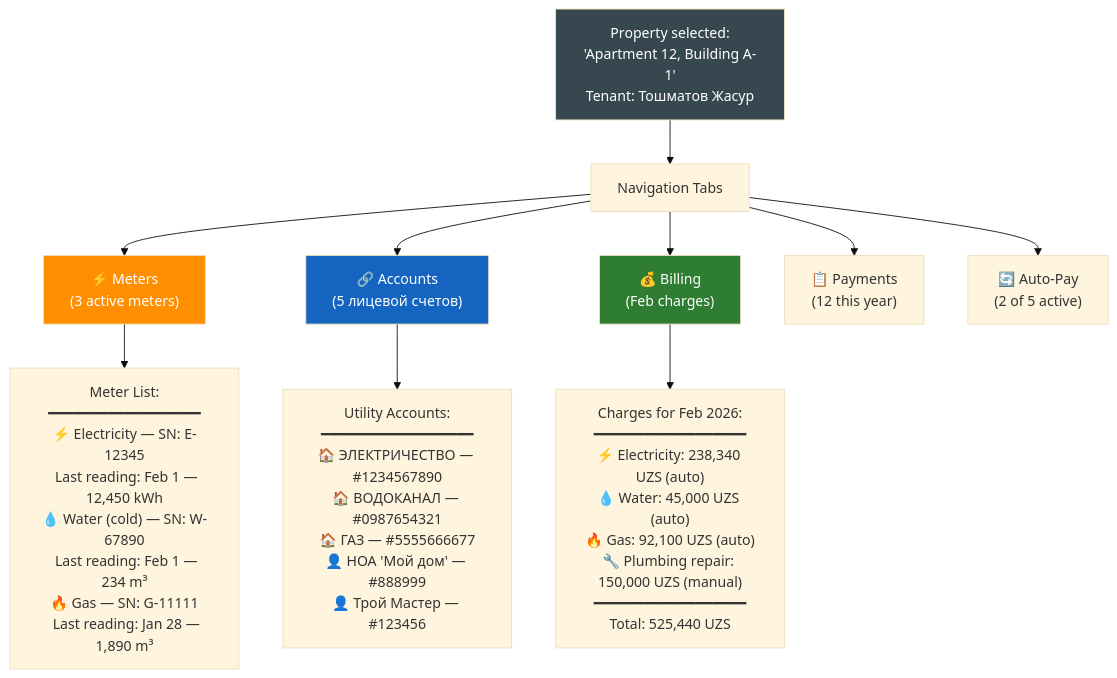
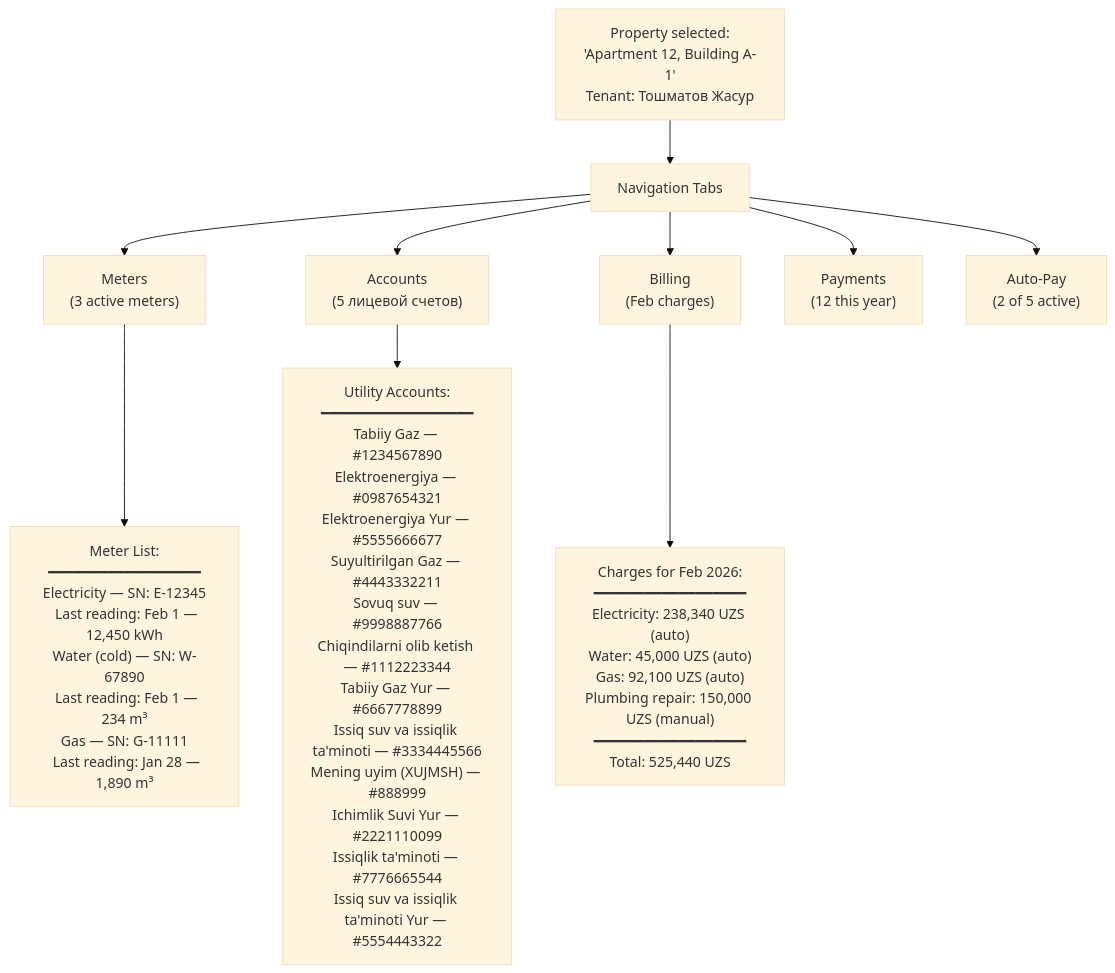
One commit to saodatm-dev/Utilities---Informational-Architecture changed the third of 11 diagrams in Utilities - Business Owner.md. Above: the diagram before and after it, drawn with Mermaid (base theme). The commit also changed other lines of this file, not shown here.

Commit message:
refactor: Streamline Mermaid diagrams by removing icons, styling, and the 'Billing Management' flow, while expanding utility account details and removing backend notes.

````diff
--- a/Utilities - Business Owner.md
+++ b/Utilities - Business Owner.md
@@ -90,21 +78,16 @@
 ```mermaid
 flowchart TD
     PROP["Property selected:<br/>'Apartment 12, Building A-1'<br/>Tenant: Тошматов Жасур"] --> TABS["Navigation Tabs"]
 
-    TABS --> T_METERS["⚡ Meters<br/>(3 active meters)"]
-    TABS --> T_ACCOUNTS["🔗 Accounts<br/>(5 лицевой счетов)"]
-    TABS --> T_BILLING["💰 Billing<br/>(Feb charges)"]
-    TABS --> T_PAYMENTS["📋 Payments<br/>(12 this year)"]
-    TABS --> T_AUTOPAY["🔄 Auto-Pay<br/>(2 of 5 active)"]
+    TABS --> T_METERS["Meters<br/>(3 active meters)"]
+    TABS --> T_ACCOUNTS["Accounts<br/>(5 лицевой счетов)"]
+    TABS --> T_BILLING["Billing<br/>(Feb charges)"]
+    TABS --> T_PAYMENTS["Payments<br/>(12 this year)"]
+    TABS --> T_AUTOPAY["Auto-Pay<br/>(2 of 5 active)"]
 
-    T_METERS --> METERS_VIEW["Meter List:<br/>━━━━━━━━━━━━━━━━━━<br/>⚡ Electricity — SN: E-12345<br/>  Last reading: Feb 1 — 12,450 kWh<br/>💧 Water (cold) — SN: W-67890<br/>  Last reading: Feb 1 — 234 m³<br/>🔥 Gas — SN: G-11111<br/>  Last reading: Jan 28 — 1,890 m³"]
+    T_METERS --> METERS_VIEW["Meter List:<br/>━━━━━━━━━━━━━━━━━━<br/>Electricity — SN: E-12345<br/>  Last reading: Feb 1 — 12,450 kWh<br/>Water (cold) — SN: W-67890<br/>  Last reading: Feb 1 — 234 m³<br/>Gas — SN: G-11111<br/>  Last reading: Jan 28 — 1,890 m³"]
 
-    T_ACCOUNTS --> ACC_VIEW["Utility Accounts:<br/>━━━━━━━━━━━━━━━━━━<br/>🏠 ЭЛЕКТРИЧЕСТВО — #1234567890<br/>🏠 ВОДОКАНАЛ — #0987654321<br/>🏠 ГАЗ — #5555666677<br/>👤 HOA 'Мой дом' — #888999<br/>👤 Трой Мастер — #123456"]
+    T_ACCOUNTS --> ACC_VIEW["Utility Accounts:<br/>━━━━━━━━━━━━━━━━━━<br/>Tabiiy Gaz — #1234567890<br/>Elektroenergiya — #0987654321<br/>Elektroenergiya Yur — #5555666677<br/>Suyultirilgan Gaz — #4443332211<br/>Sovuq suv — #9998887766<br/>Chiqindilarni olib ketish — #1112223344<br/>Tabiiy Gaz Yur — #6667778899<br/>Issiq suv va issiqlik ta'minoti — #3334445566<br/>Mening uyim (XUJMSH) — #888999<br/>Ichimlik Suvi Yur — #2221110099<br/>Issiqlik ta'minoti — #7776665544<br/>Issiq suv va issiqlik ta'minoti Yur — #5554443322"]
 
-    T_BILLING --> BILL_VIEW["Charges for Feb 2026:<br/>━━━━━━━━━━━━━━━━━━<br/>⚡ Electricity: 238,340 UZS (auto)<br/>💧 Water: 45,000 UZS (auto)<br/>🔥 Gas: 92,100 UZS (auto)<br/>🔧 Plumbing repair: 150,000 UZS (manual)<br/>━━━━━━━━━━━━━━━━━━<br/>Total: 525,440 UZS"]
-
-    style PROP fill:#37474F,color:#fff
-    style T_METERS fill:#FF8F00,color:#fff
-    style T_ACCOUNTS fill:#1565C0,color:#fff
-    style T_BILLING fill:#2E7D32,color:#fff
+    T_BILLING --> BILL_VIEW["Charges for Feb 2026:<br/>━━━━━━━━━━━━━━━━━━<br/>Electricity: 238,340 UZS (auto)<br/>Water: 45,000 UZS (auto)<br/>Gas: 92,100 UZS (auto)<br/>Plumbing repair: 150,000 UZS (manual)<br/>━━━━━━━━━━━━━━━━━━<br/>Total: 525,440 UZS"]
 ```
````
